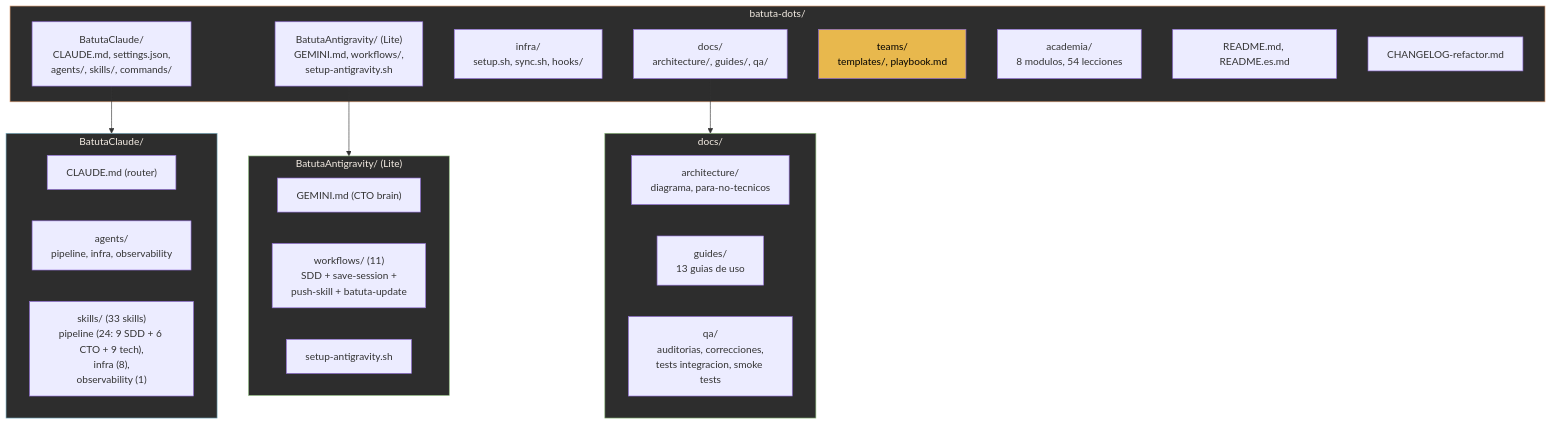
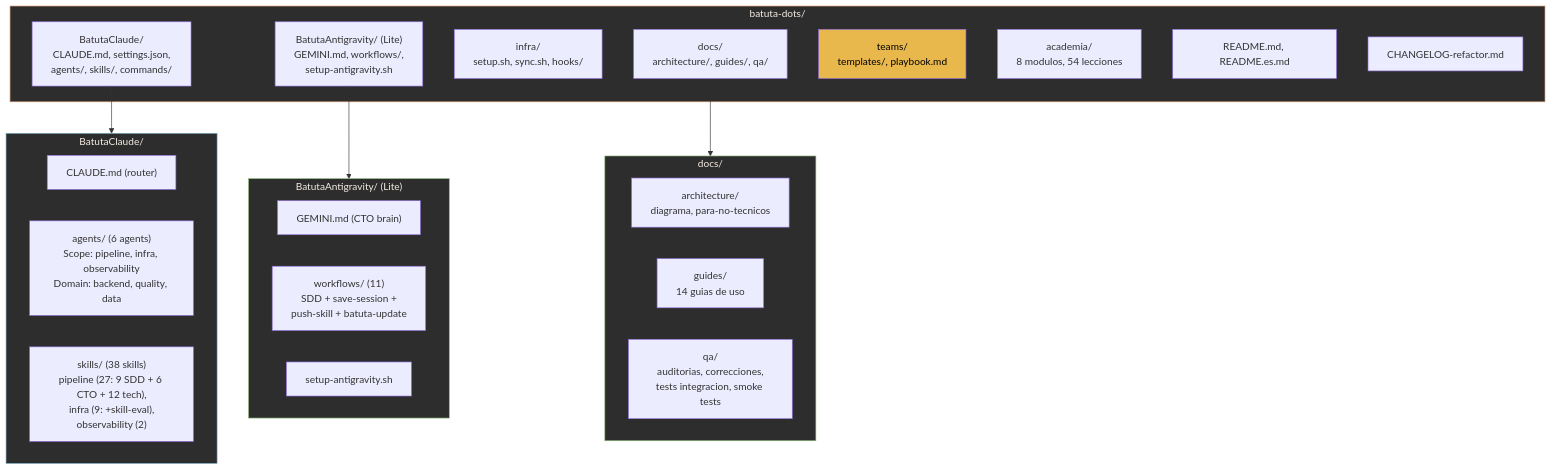
One commit to jota-batuta/batuta-dots changed diagram 24 of 26 in docs/architecture/arquitectura-diagrama.md. Above: the diagram before and after it, drawn with Mermaid. The commit also changed other lines of this file and 79 other files, not shown here.

First line of the commit message:
feat(v13): agents architecture, skill eval, validation fixes

````diff
--- a/docs/architecture/arquitectura-diagrama.md
+++ b/docs/architecture/arquitectura-diagrama.md
@@ -846,41 +913,41 @@
 ```mermaid
 flowchart TD
     subgraph ROOT["batuta-dots/"]
         CLAUDE_DIR["BatutaClaude/<br/>CLAUDE.md, settings.json,<br/>agents/, skills/, commands/"]
         ANTIGRAVITY_DIR["BatutaAntigravity/ (Lite)<br/>GEMINI.md, workflows/,<br/>setup-antigravity.sh"]
         INFRA_DIR["infra/<br/>setup.sh, sync.sh, hooks/"]
         DOCS["docs/<br/>architecture/, guides/, qa/"]
         TEAMS["teams/<br/>templates/, playbook.md"]
         ACADEMIA["academia/<br/>8 modulos, 54 lecciones"]
         README["README.md, README.es.md"]
         CHANGELOG["CHANGELOG-refactor.md"]
     end
 
     subgraph CLAUDE_DETAIL["BatutaClaude/"]
         CLAUDE_MD["CLAUDE.md (router)"]
-        AGENTS["agents/<br/>pipeline, infra, observability"]
-        SKILLS_33["skills/ (33 skills)<br/>pipeline (24: 9 SDD + 6 CTO + 9 tech),<br/>infra (8),<br/>observability (1)"]
+        AGENTS["agents/ (6 agents)<br/>Scope: pipeline, infra, observability<br/>Domain: backend, quality, data"]
+        SKILLS_38["skills/ (38 skills)<br/>pipeline (27: 9 SDD + 6 CTO + 12 tech),<br/>infra (9: +skill-eval),<br/>observability (2)"]
     end
 
     subgraph ANTIGRAVITY_DETAIL["BatutaAntigravity/ (Lite)"]
         GEMINI_MD["GEMINI.md (CTO brain)"]
         WORKFLOWS["workflows/ (11)<br/>SDD + save-session +<br/>push-skill + batuta-update"]
         SETUP_AG["setup-antigravity.sh"]
     end
 
     subgraph DOCS_DETAIL["docs/"]
         ARCH["architecture/<br/>diagrama, para-no-tecnicos"]
-        GUIDES["guides/<br/>13 guias de uso"]
+        GUIDES["guides/<br/>14 guias de uso"]
         QA["qa/<br/>auditorias, correcciones,<br/>tests integracion, smoke tests"]
     end
 
     CLAUDE_DIR --> CLAUDE_DETAIL
     ANTIGRAVITY_DIR --> ANTIGRAVITY_DETAIL
     DOCS --> DOCS_DETAIL
 
     style ROOT fill:#2d2d2d,stroke:#D4956A,color:#F5EDE4
     style CLAUDE_DETAIL fill:#2d2d2d,stroke:#7AAFC4,color:#F5EDE4
     style ANTIGRAVITY_DETAIL fill:#2d2d2d,stroke:#8BB87A,color:#F5EDE4
     style DOCS_DETAIL fill:#2d2d2d,stroke:#8BB87A,color:#F5EDE4
     style TEAMS fill:#E8B84D,color:#000
 ```
````
